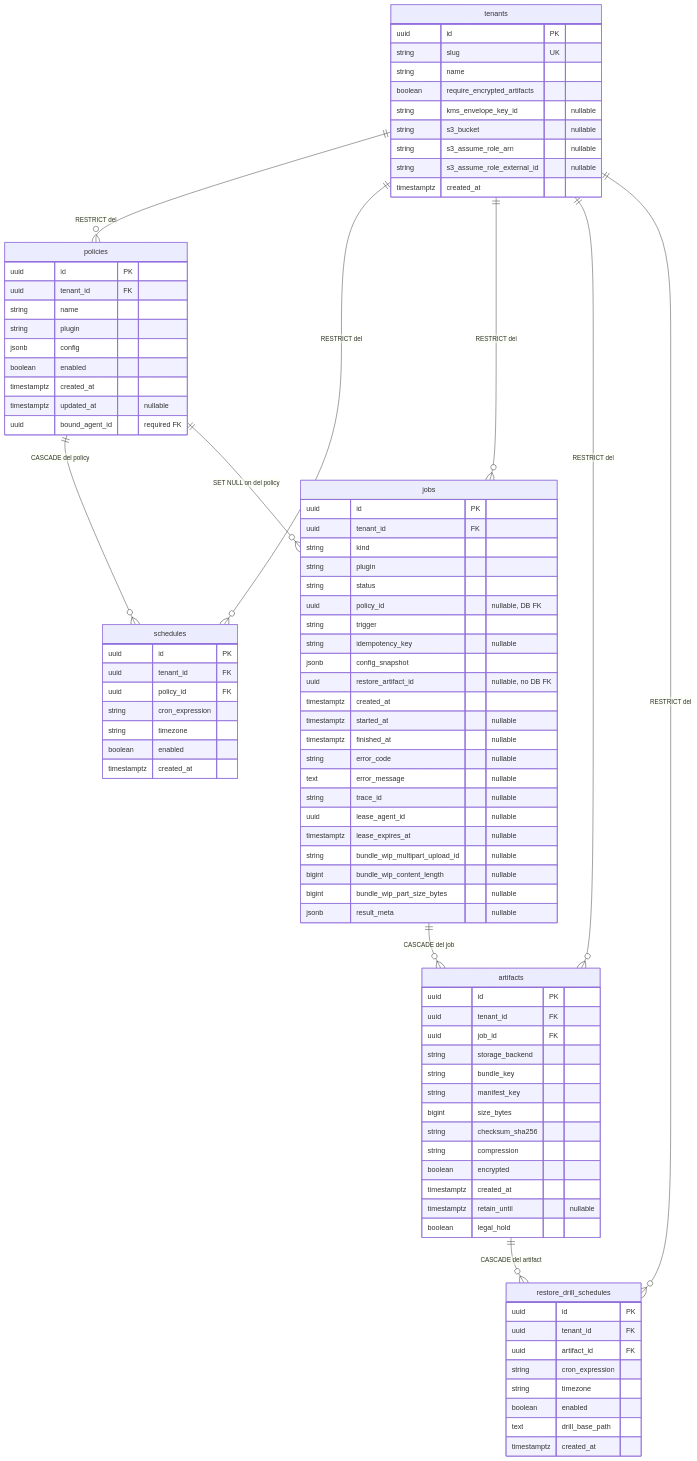
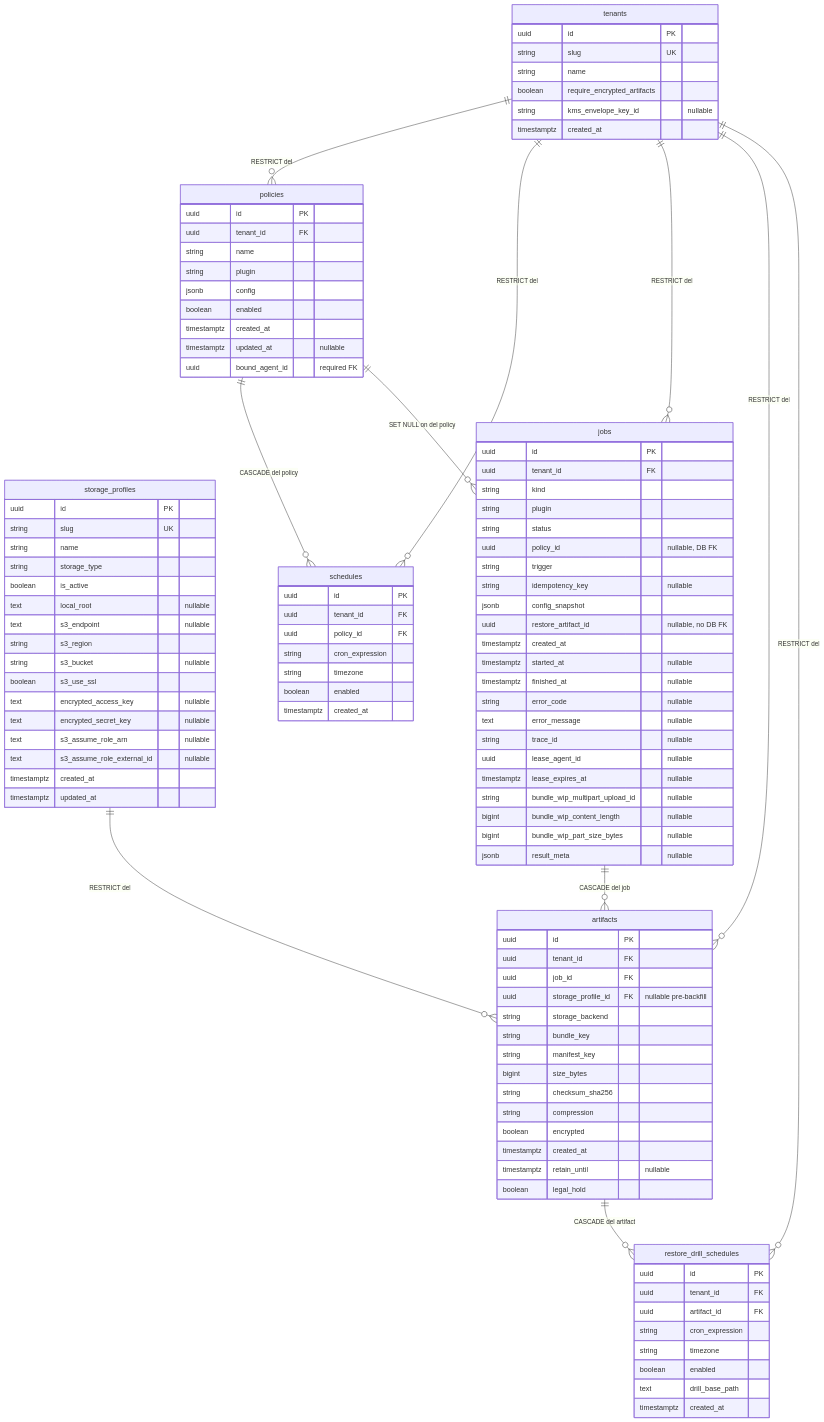
The first of 2 diagrams in website/docs/engineering/control-plane-database-er.md (skyline93/devault), drawn with Mermaid before and after one commit. The commit also changed other lines of this file and 65 other files, not shown here.

First line of the commit message:
feat: Implement storage profiles management in the console

```diff
--- a/website/docs/engineering/control-plane-database-er.md
+++ b/website/docs/engineering/control-plane-database-er.md
@@ -23,10 +23,26 @@
         string name
         boolean require_encrypted_artifacts
         string kms_envelope_key_id "nullable"
+        timestamptz created_at
+    }
+
+    storage_profiles {
+        uuid id PK
+        string slug UK
+        string name
+        string storage_type
+        boolean is_active
+        text local_root "nullable"
+        text s3_endpoint "nullable"
+        string s3_region
         string s3_bucket "nullable"
-        string s3_assume_role_arn "nullable"
-        string s3_assume_role_external_id "nullable"
+        boolean s3_use_ssl
+        text encrypted_access_key "nullable"
+        text encrypted_secret_key "nullable"
+        text s3_assume_role_arn "nullable"
+        text s3_assume_role_external_id "nullable"
         timestamptz created_at
+        timestamptz updated_at
     }
 
     policies {
@@ -80,6 +96,7 @@
         uuid id PK
         uuid tenant_id FK
         uuid job_id FK
+        uuid storage_profile_id FK "nullable pre-backfill"
         string storage_backend
         string bundle_key
         string manifest_key
@@ -109,6 +126,8 @@
     tenants ||--o{ artifacts : "RESTRICT del"
     tenants ||--o{ restore_drill_schedules : "RESTRICT del"
 
+    storage_profiles ||--o{ artifacts : "RESTRICT del"
+
     policies ||--o{ schedules : "CASCADE del policy"
     policies ||--o{ jobs : "SET NULL on del policy"
 
```
